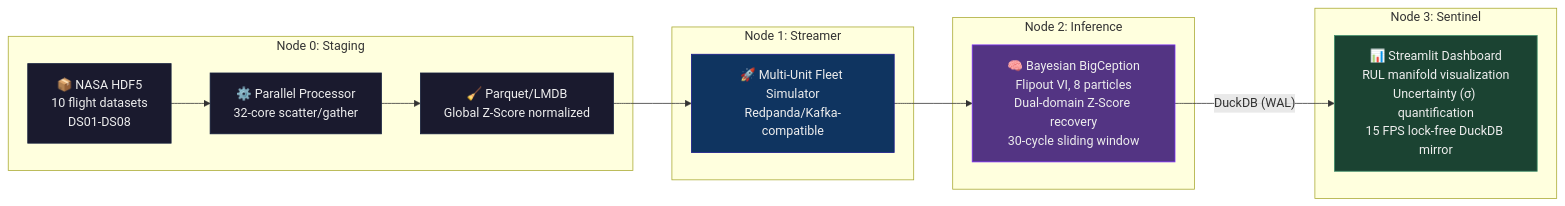
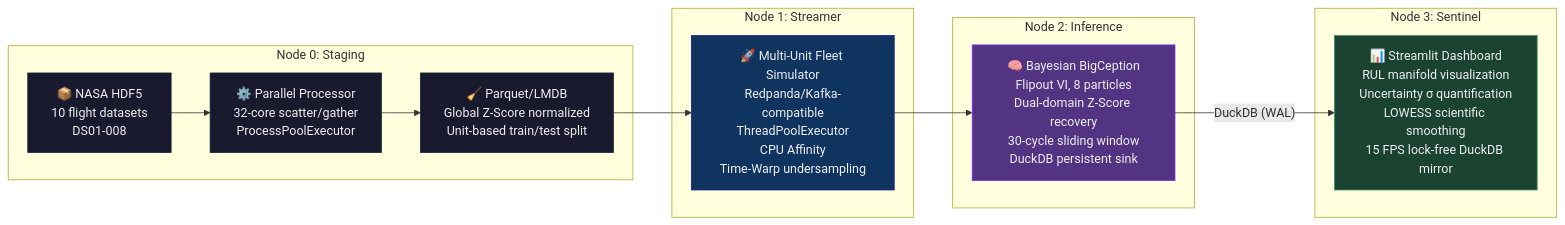
The first of 3 diagrams in README.md (burundu4ok2000/n-cmapss-rul-mlops-factory), drawn with Mermaid before and after one commit. The commit also changed other lines of this file, not shown here.

First line of the commit message:
README v2: ENTSO-E style header, ultra-detailed Mermaid, restored images

````diff
--- a/README.md
+++ b/README.md
@@ -64,30 +125,30 @@
 ```mermaid
 graph LR
     subgraph "Node 0: Staging"
-        A["📦 NASA HDF5<br/>10 flight datasets<br/>DS01-DS08"] --> B["⚙️ Parallel Processor<br/>32-core scatter/gather"]
-        B --> C["🧹 Parquet/LMDB<br/>Global Z-Score normalized"]
+        A["📦 NASA HDF5<br/>10 flight datasets<br/>DS01-008"] --> B["⚙️ Parallel Processor<br/>32-core scatter/gather<br/>ProcessPoolExecutor"]
+        B --> C["🧹 Parquet/LMDB<br/>Global Z-Score normalized<br/>Unit-based train/test split"]
     end
 
     subgraph "Node 1: Streamer"
-        D["🚀 Multi-Unit Fleet Simulator<br/>Redpanda/Kafka-compatible"]
+        D["🚀 Multi-Unit Fleet Simulator<br/>Redpanda/Kafka-compatible<br/>ThreadPoolExecutor<br/>CPU Affinity<br/>Time-Warp undersampling"]
     end
 
     subgraph "Node 2: Inference"
-        E["🧠 Bayesian BigCeption<br/>Flipout VI, 8 particles<br/>Dual-domain Z-Score recovery<br/>30-cycle sliding window"]
+        E["🧠 Bayesian BigCeption<br/>Flipout VI, 8 particles<br/>Dual-domain Z-Score recovery<br/>30-cycle sliding window<br/>DuckDB persistent sink"]
     end
 
     subgraph "Node 3: Sentinel"
-        F["📊 Streamlit Dashboard<br/>RUL manifold visualization<br/>Uncertainty (σ) quantification<br/>15 FPS lock-free DuckDB mirror"]
+        F["📊 Streamlit Dashboard<br/>RUL manifold visualization<br/>Uncertainty σ quantification<br/>LOWESS scientific smoothing<br/>15 FPS lock-free DuckDB mirror"]
     end
 
     C --> D
     D --> E
     E -->|"DuckDB (WAL)"| F
 
     style A fill:#1a1a2e,stroke:#16213e,color:#eee
     style B fill:#1a1a2e,stroke:#16213e,color:#eee
     style C fill:#1a1a2e,stroke:#16213e,color:#eee
     style D fill:#0f3460,stroke:#1a1a8e,color:#eee
     style E fill:#533483,stroke:#7b2ff7,color:#eee
     style F fill:#1b4332,stroke:#40916c,color:#eee
 ```
````
